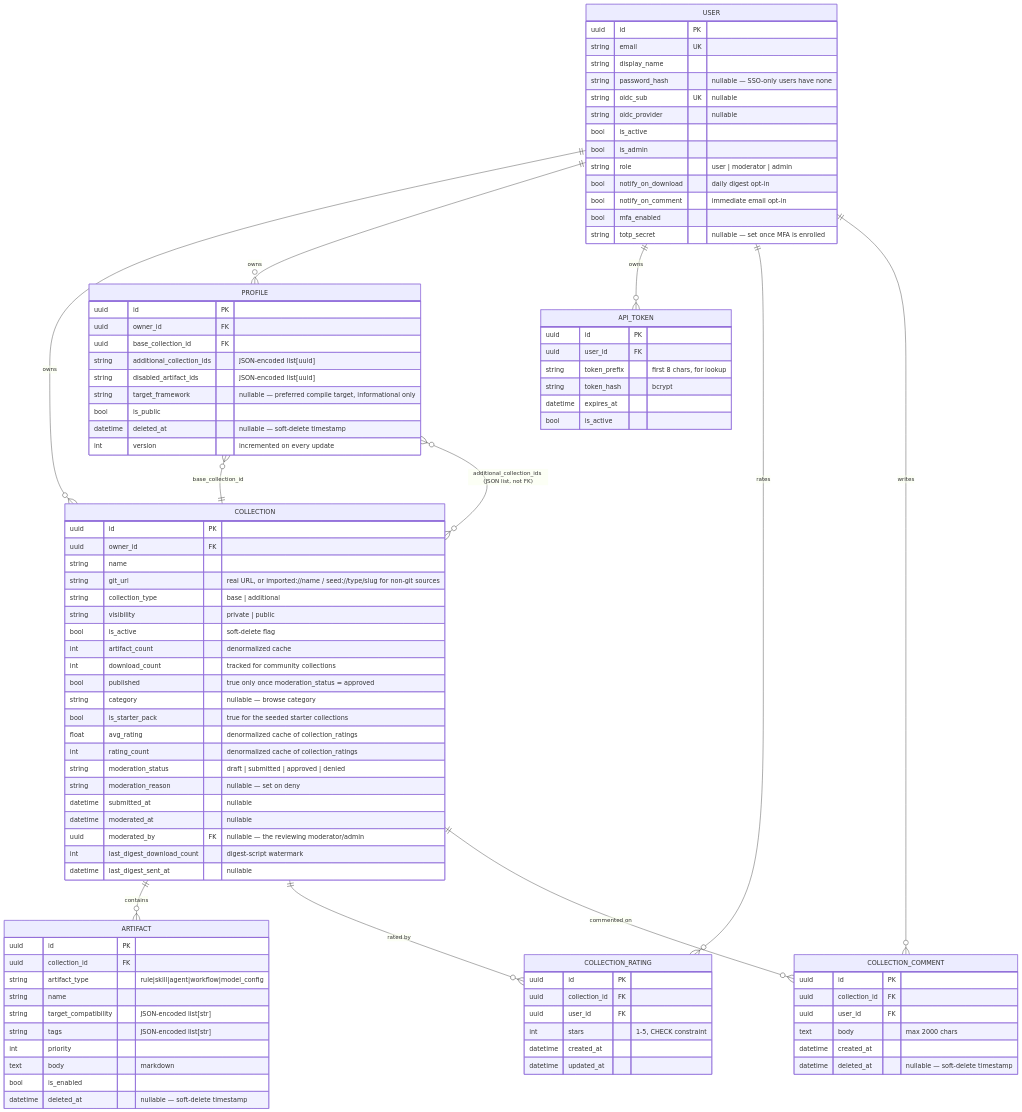
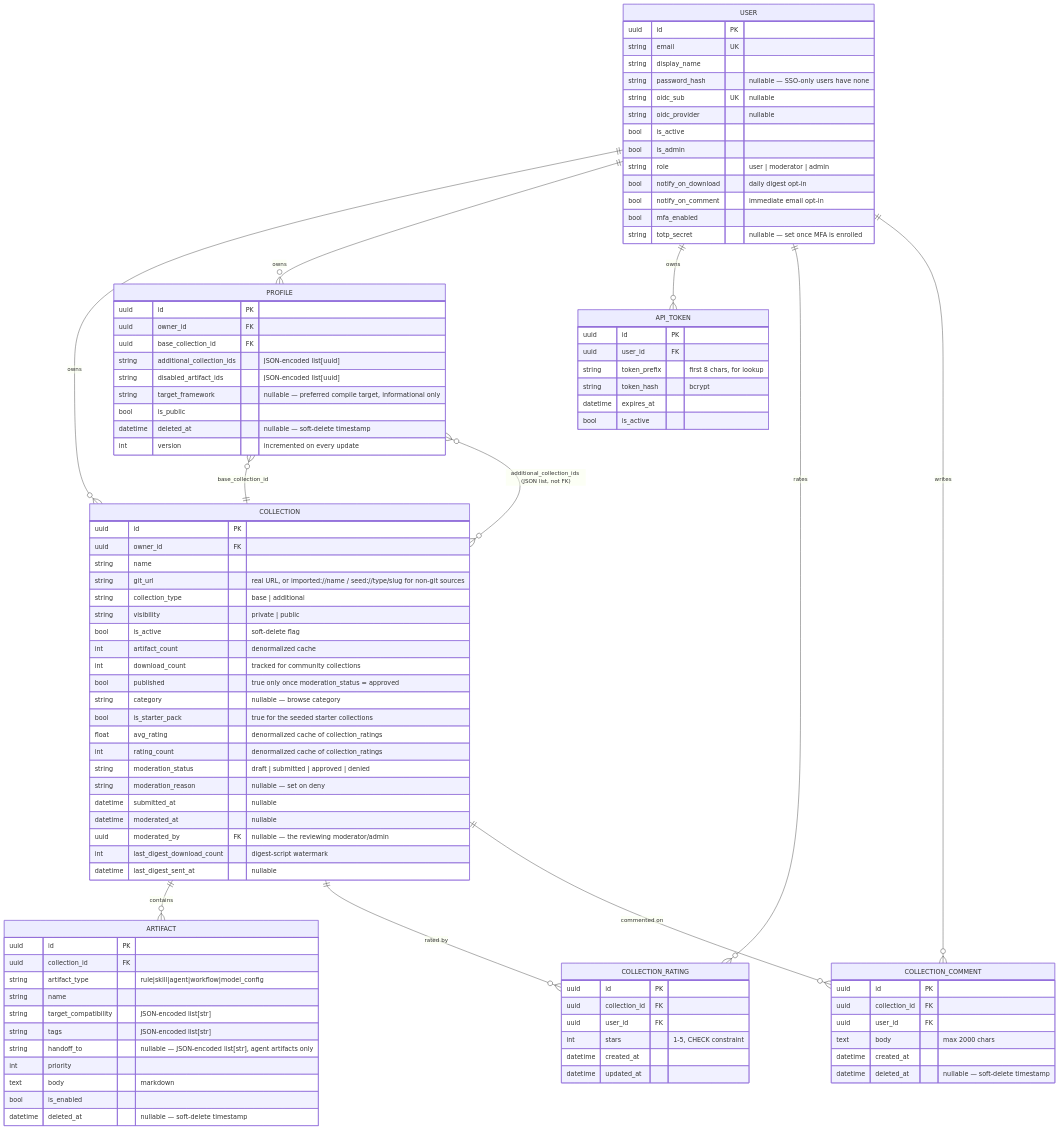
The diagram in docs/data-model.md (niels-emmer/myace), drawn with Mermaid before and after one commit. The commit also changed other lines of this file and 38 other files, not shown here.

```diff
--- a/docs/data-model.md
+++ b/docs/data-model.md
@@ -64,6 +64,7 @@
         string name
         string target_compatibility "JSON-encoded list[str]"
         string tags "JSON-encoded list[str]"
+        string handoff_to "nullable — JSON-encoded list[str], agent artifacts only"
         int priority
         text body "markdown"
         bool is_enabled
```
